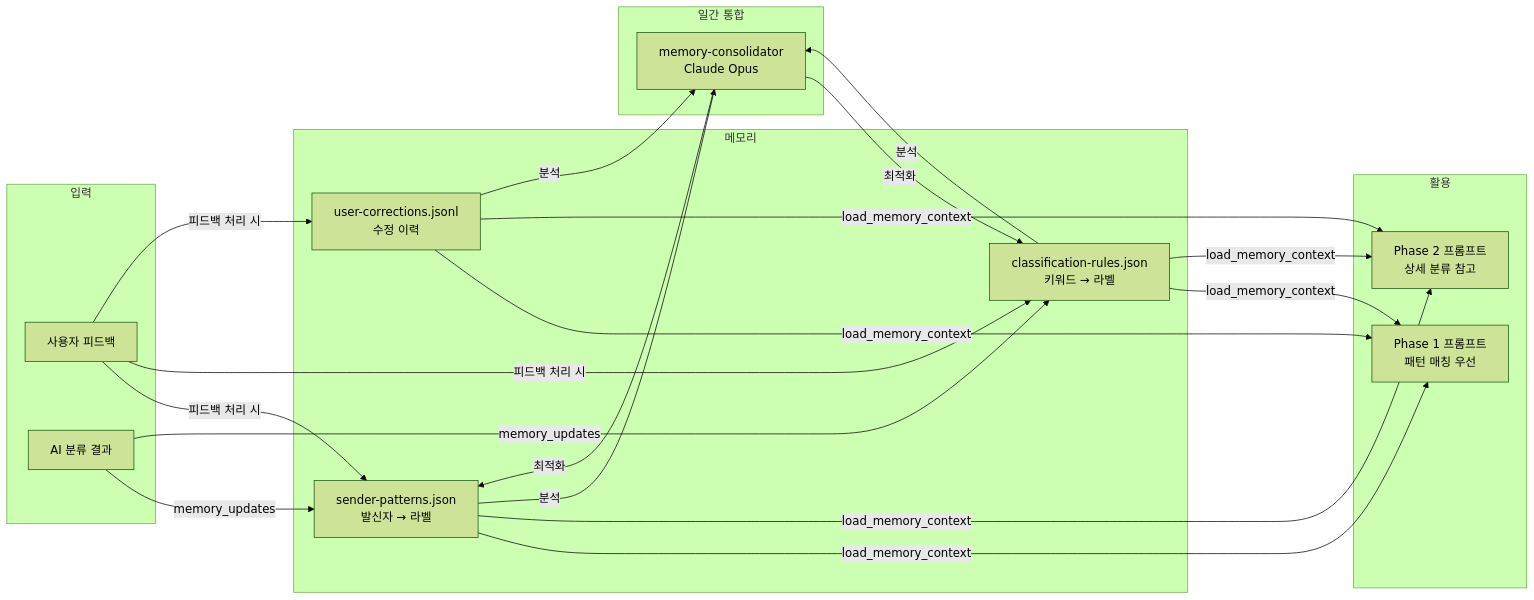
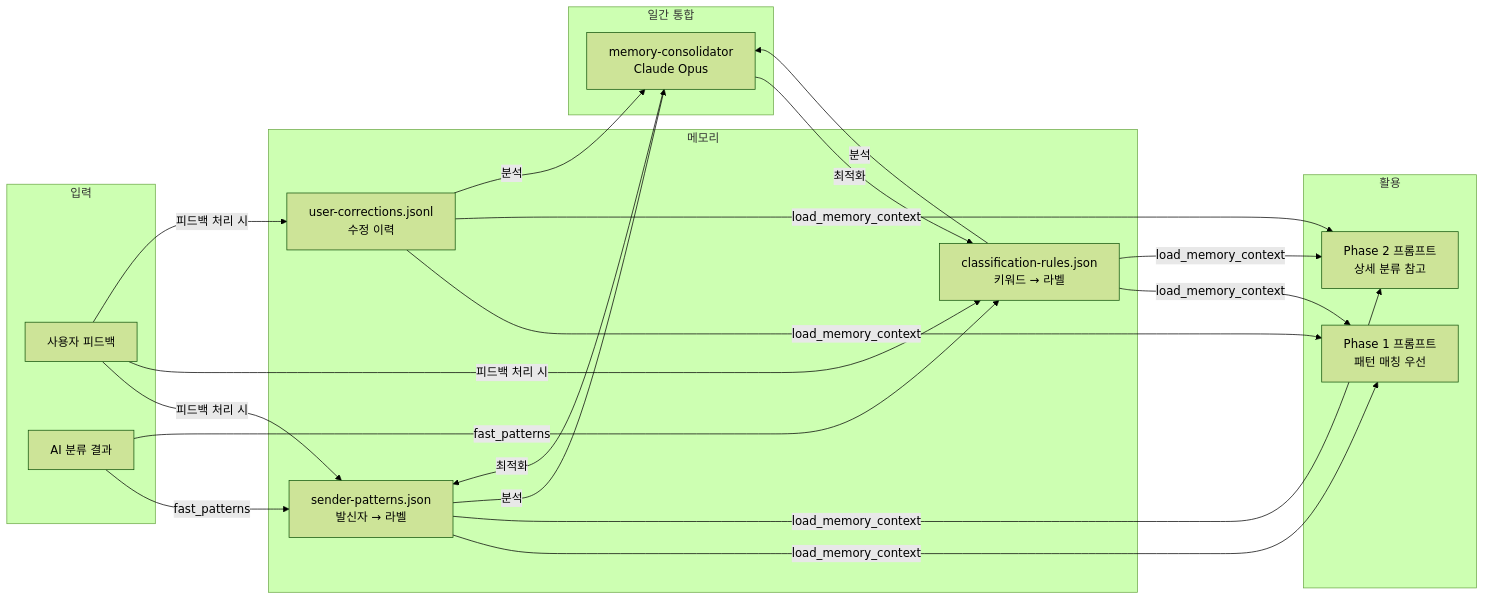
One commit to realcoding2003/gmail-calendar-organizer changed the fourth of 4 diagrams in docs/architecture.md. Above: the diagram before and after it, drawn with Mermaid (forest theme). The commit also changed 2 other files, not shown here.

Commit message:
docs: fast_patterns 학습 흐름 문서화

````diff
--- a/docs/architecture.md
+++ b/docs/architecture.md
@@ -139,29 +139,29 @@
 ```mermaid
 graph LR
     subgraph "입력"
         A[사용자 피드백]
         B[AI 분류 결과]
     end
 
     subgraph "메모리"
         SP[sender-patterns.json<br/>발신자 → 라벨]
         CR[classification-rules.json<br/>키워드 → 라벨]
         UC[user-corrections.jsonl<br/>수정 이력]
     end
 
     subgraph "활용"
         P1[Phase 1 프롬프트<br/>패턴 매칭 우선]
         P2[Phase 2 프롬프트<br/>상세 분류 참고]
     end
 
     A -->|피드백 처리 시| SP & CR & UC
-    B -->|memory_updates| SP & CR
+    B -->|fast_patterns| SP & CR
     SP & CR & UC -->|load_memory_context| P1 & P2
 
     subgraph "일간 통합"
         MC[memory-consolidator<br/>Claude Opus]
     end
 
     SP & CR & UC -->|분석| MC
     MC -->|최적화| SP & CR
 ```
````
